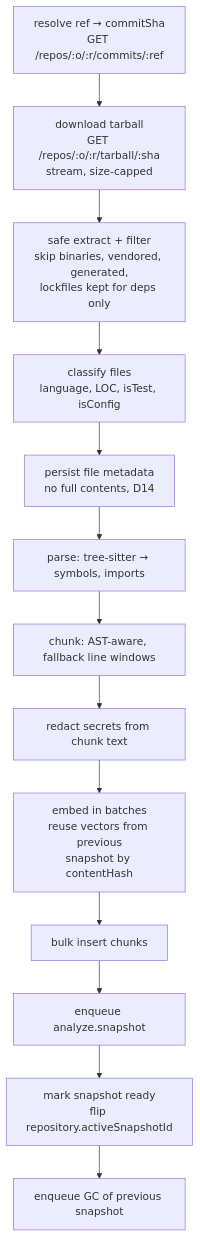
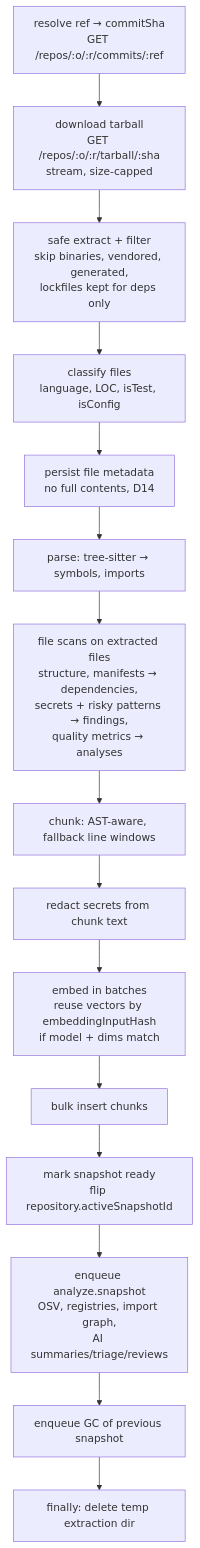
Before and after one commit to rahul-at-dev/RepoPilot-AI: the second of 4 diagrams in docs/ARCHITECTURE.md, drawn with Mermaid. The commit also changed other lines of this file and 1 other file, not shown here.

Commit message:
docs: address review: extraction ownership, embedding reuse key, per-user dismissals

````diff
--- a/docs/ARCHITECTURE.md
+++ b/docs/ARCHITECTURE.md
@@ -299,15 +299,17 @@
 ```mermaid
 flowchart TD
   A[resolve ref → commitSha<br/>GET /repos/:o/:r/commits/:ref] --> B[download tarball<br/>GET /repos/:o/:r/tarball/:sha<br/>stream, size-capped]
   B --> C[safe extract + filter<br/>skip binaries, vendored, generated,<br/>lockfiles kept for deps only]
   C --> D[classify files<br/>language, LOC, isTest, isConfig]
   D --> E[persist file metadata<br/>no full contents, D14]
   E --> F[parse: tree-sitter → symbols, imports]
-  F --> G[chunk: AST-aware, fallback line windows]
+  F --> S[file scans on extracted files<br/>structure, manifests → dependencies,<br/>secrets + risky patterns → findings,<br/>quality metrics → analyses]
+  S --> G[chunk: AST-aware, fallback line windows]
   G --> H[redact secrets from chunk text]
-  H --> I[embed in batches<br/>reuse vectors from previous<br/>snapshot by contentHash]
+  H --> I[embed in batches<br/>reuse vectors by embeddingInputHash<br/>if model + dims match]
   I --> J[bulk insert chunks]
-  J --> K[enqueue analyze.snapshot]
-  K --> L[mark snapshot ready<br/>flip repository.activeSnapshotId]
-  L --> M[enqueue GC of previous snapshot]
+  J --> L[mark snapshot ready<br/>flip repository.activeSnapshotId]
+  L --> K[enqueue analyze.snapshot<br/>OSV, registries, import graph,<br/>AI summaries/triage/reviews]
+  K --> M[enqueue GC of previous snapshot]
+  M --> T[finally: delete temp extraction dir]
 ```
````
